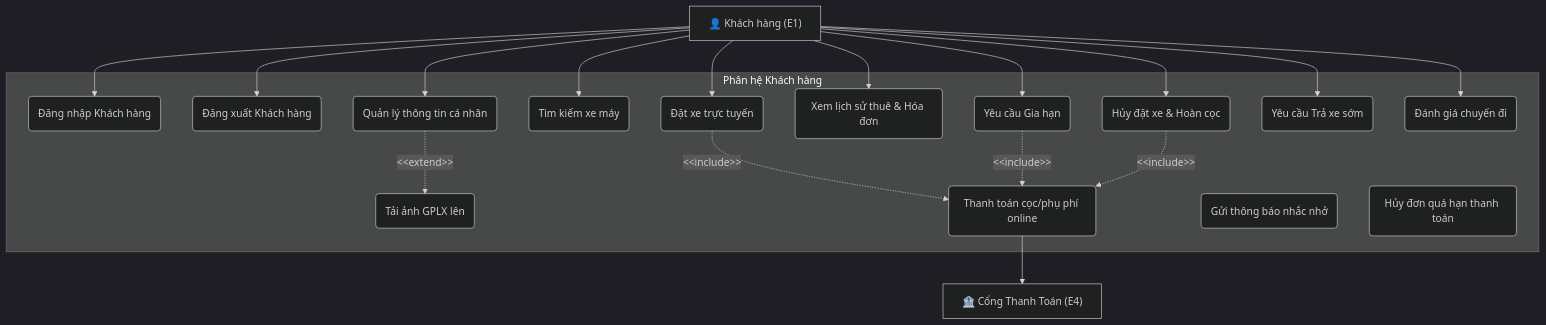
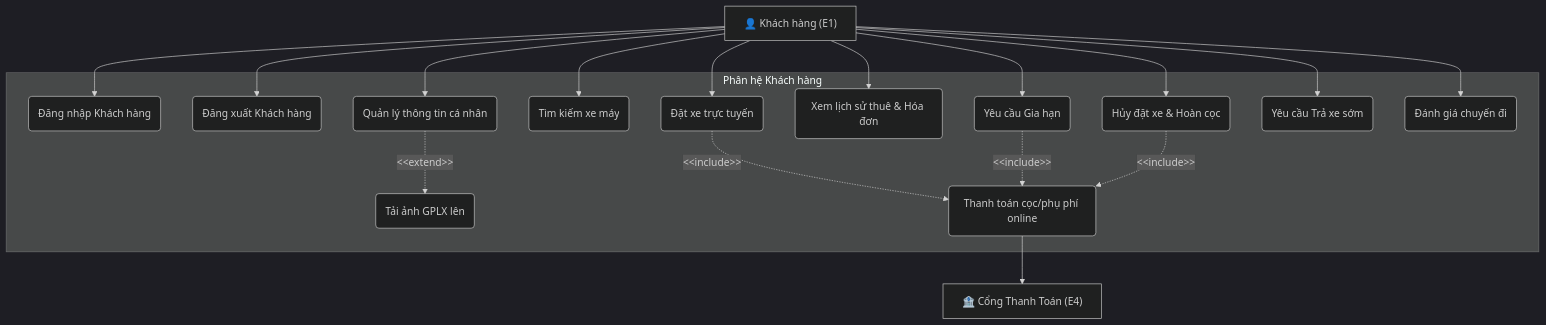
One commit to Vqd2k6/SAD-UTH changed the second of 3 diagrams in docs/use-case-diagrams.md. Above: the diagram before and after it, drawn with Mermaid (dark theme). The commit also changed other lines of this file and 1 other file, not shown here.

Commit message:
remove automatic use cases from diagrams

````diff
--- a/docs/use-case-diagrams.md
+++ b/docs/use-case-diagrams.md
@@ -95,47 +91,44 @@
 ```mermaid
 graph TB
     E1["👤 Khách hàng (E1)"]
     E4["🏦 Cổng Thanh Toán (E4)"]
 
     subgraph Customer_Boundary [Phân hệ Khách hàng]
         UC_Login("Đăng nhập Khách hàng")
         UC_Logout("Đăng xuất Khách hàng")
         UC_Profile("Quản lý thông tin cá nhân")
         UC_UpGPLX("Tải ảnh GPLX lên")
         UC_Search("Tìm kiếm xe máy")
         
         UC_Book("Đặt xe trực tuyến")
         UC_Pay("Thanh toán cọc/phụ phí online")
         UC_History("Xem lịch sử thuê & Hóa đơn")
         
         UC_Cancel("Hủy đặt xe & Hoàn cọc")
         UC_Extend("Yêu cầu Gia hạn")
         UC_Early("Yêu cầu Trả xe sớm")
         UC_Rate("Đánh giá chuyến đi")
-        
-        UC_Remind("Gửi thông báo nhắc nhở")
-        UC_CancelAuto("Hủy đơn quá hạn thanh toán")
     end
 
     %% Relationships
     E1 --> UC_Profile
     E1 --> UC_Login
     E1 --> UC_Logout
     E1 --> UC_Search
     E1 --> UC_Book
     E1 --> UC_History
     E1 --> UC_Cancel
     E1 --> UC_Extend
     E1 --> UC_Early
     E1 --> UC_Rate
 
     %% Relationships between Use Cases
     UC_Profile -.->|"&lt;&lt;extend&gt;&gt;"| UC_UpGPLX
     UC_Book -.->|"&lt;&lt;include&gt;&gt;"| UC_Pay
     UC_Extend -.->|"&lt;&lt;include&gt;&gt;"| UC_Pay
     UC_Cancel -.->|"&lt;&lt;include&gt;&gt;"| UC_Pay
     
     %% Supporting Actor Connection
     UC_Pay --> E4
     
 ```
````
